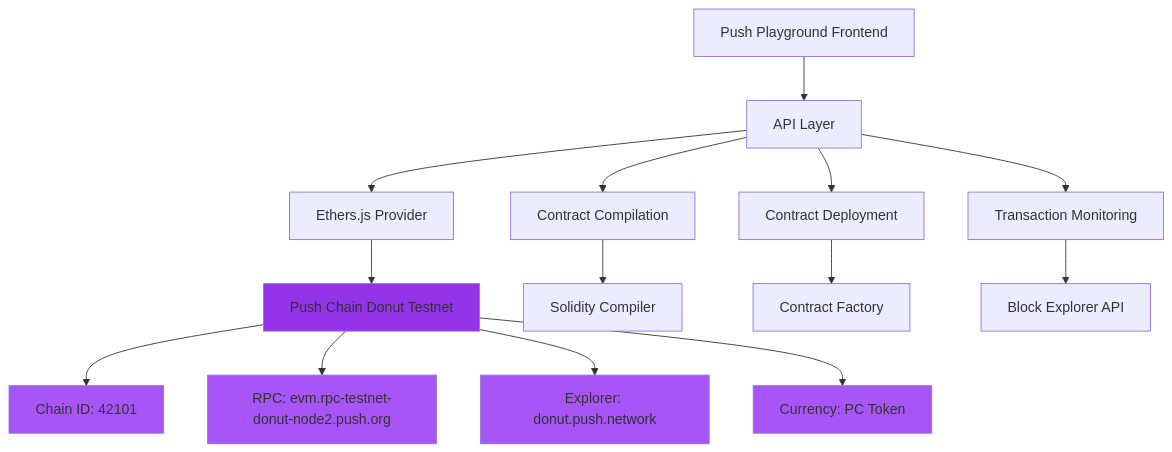
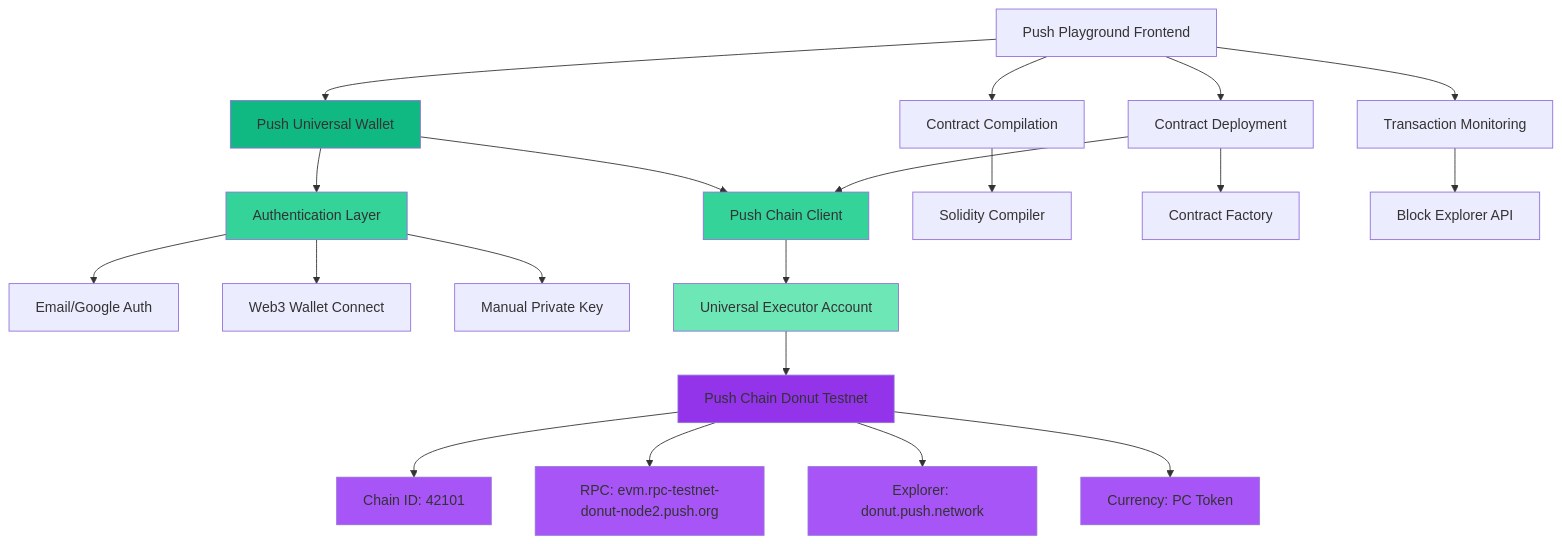
The third of 5 diagrams in docs/architecture.md (enliven17/push-playground), drawn with Mermaid before and after one commit. The commit also changed other lines of this file and 6 other files, not shown here.

````diff
--- a/docs/architecture.md
+++ b/docs/architecture.md
@@ -65,25 +97,38 @@
 ```mermaid
 graph TB
-    A[Push Playground Frontend] --> B[API Layer]
-    B --> C[Ethers.js Provider]
-    C --> D[Push Chain Donut Testnet]
+    A[Push Playground Frontend] --> B[Push Universal Wallet]
+    B --> C[Authentication Layer]
     
-    D --> E[Chain ID: 42101]
-    D --> F[RPC: evm.rpc-testnet-donut-node2.push.org]
-    D --> G[Explorer: donut.push.network]
-    D --> H[Currency: PC Token]
+    C --> D[Email/Google Auth]
+    C --> E[Web3 Wallet Connect]
+    C --> F[Manual Private Key]
     
-    B --> I[Contract Compilation]
-    B --> J[Contract Deployment]
-    B --> K[Transaction Monitoring]
+    B --> G[Push Chain Client]
+    G --> H[Universal Executor Account]
     
-    I --> L[Solidity Compiler]
-    J --> M[Contract Factory]
-    K --> N[Block Explorer API]
+    H --> I[Push Chain Donut Testnet]
     
-    style D fill:#9333ea
-    style E fill:#a855f7
-    style F fill:#a855f7
-    style G fill:#a855f7
-    style H fill:#a855f7
+    I --> J[Chain ID: 42101]
+    I --> K[RPC: evm.rpc-testnet-donut-node2.push.org]
+    I --> L[Explorer: donut.push.network]
+    I --> M[Currency: PC Token]
+    
+    A --> N[Contract Compilation]
+    A --> O[Contract Deployment]
+    A --> P[Transaction Monitoring]
+    
+    N --> Q[Solidity Compiler]
+    O --> R[Contract Factory]
+    O --> G
+    P --> S[Block Explorer API]
+    
+    style B fill:#10b981
+    style C fill:#34d399
+    style G fill:#34d399
+    style H fill:#6ee7b7
+    style I fill:#9333ea
+    style J fill:#a855f7
+    style K fill:#a855f7
+    style L fill:#a855f7
+    style M fill:#a855f7
 ```
````
